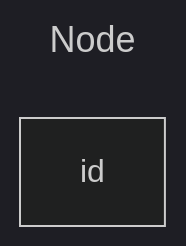
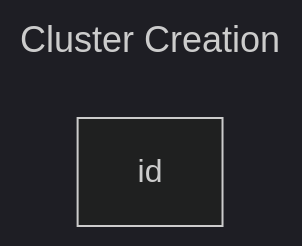
One commit to mmwillingham/acm changed the diagram in test-mermaid/test-mermaid.build.md. Above: the diagram before and after it, drawn with Mermaid (dark theme).

````diff
--- a/test-mermaid/test-mermaid.build.md
+++ b/test-mermaid/test-mermaid.build.md
@@ -1,7 +1,7 @@
 ```mermaid
 ---
-title: Node
+title: Cluster Creation
 ---
 flowchart LR
     id
 ```
````
